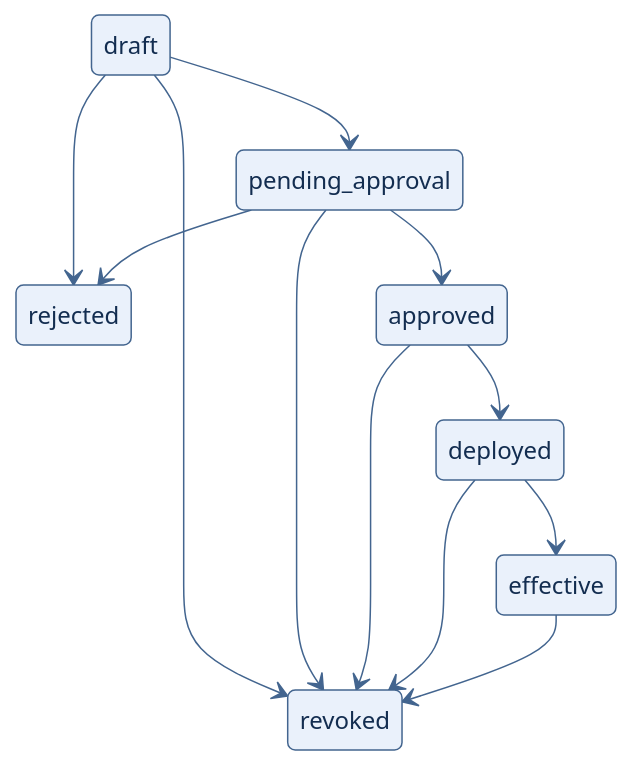
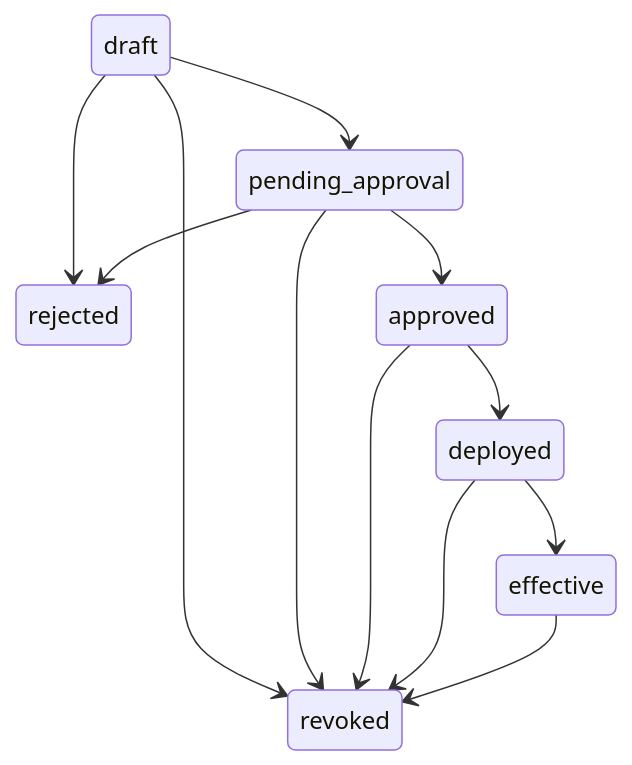
Before and after one commit to maoyadongsh/siq-agent-security: the diagram in site/diagrams/grant.mmd, drawn with Mermaid. The commit also changed 9 other files, not shown here.

Commit message:
site: 修复源码架构图截字与查看体验

```diff
--- a/site/diagrams/grant.mmd
+++ b/site/diagrams/grant.mmd
@@ -1,21 +1,12 @@
-%%{init: {'theme': 'base', 'themeVariables': {
-  'primaryColor': '#eaf1fb',
-  'primaryTextColor': '#132d50',
-  'primaryBorderColor': '#43658f',
-  'lineColor': '#43658f',
-  'secondaryColor': '#f6f8fc',
-  'tertiaryColor': '#ffffff',
-  'fontFamily': 'ui-sans-serif, system-ui, sans-serif'
-}}}%%
 stateDiagram-v2
   draft --> pending_approval
   draft --> rejected
   draft --> revoked
   pending_approval --> approved
   pending_approval --> rejected
   pending_approval --> revoked
   approved --> deployed
   approved --> revoked
   deployed --> effective
   deployed --> revoked
   effective --> revoked
```
